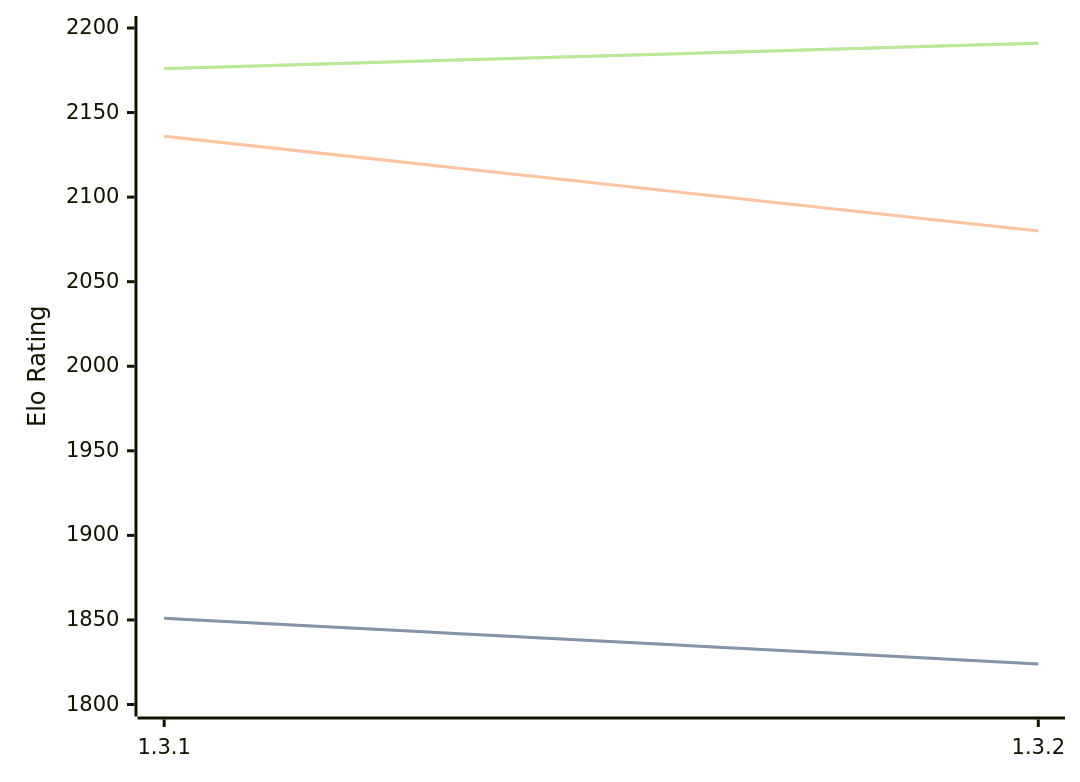
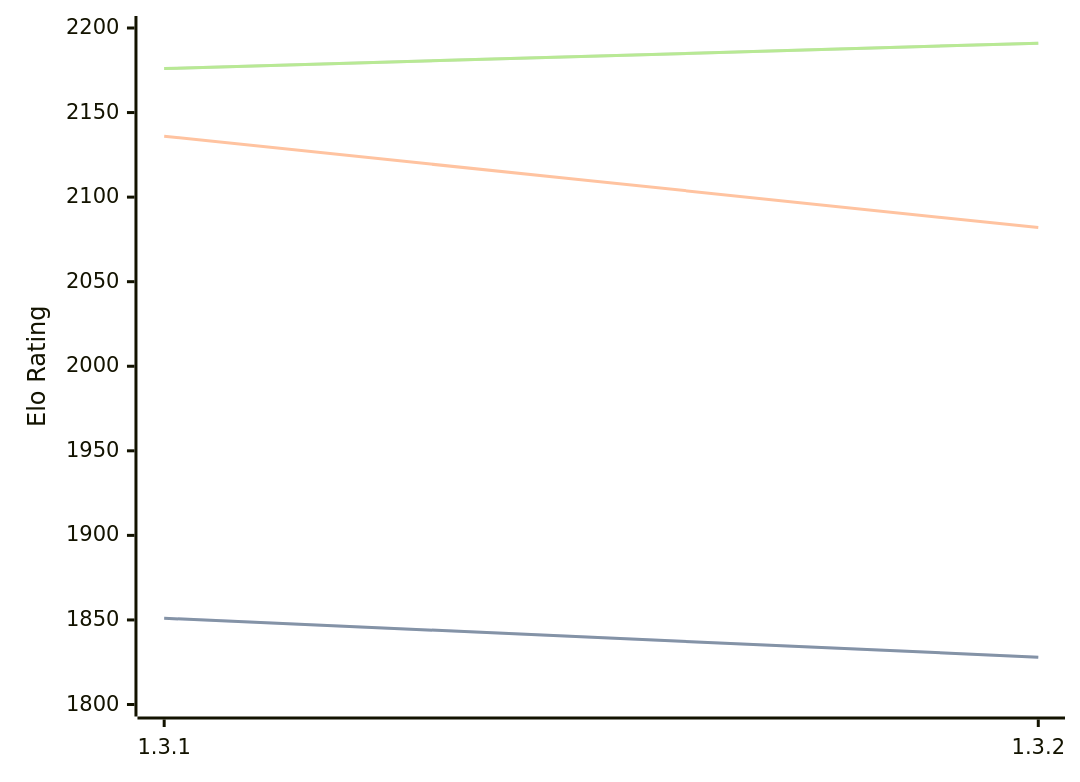
The first of 3 diagrams in engines/Zugblitz.md (computer-chess-index/cci), drawn with Mermaid before and after one commit. The commit also changed other lines of this file, not shown here.

````diff
--- a/engines/Zugblitz.md
+++ b/engines/Zugblitz.md
@@ -32,11 +32,11 @@
 ```mermaid
 %%{init: {"theme":"base","themeVariables":{"seriesColors:['#a3a3a3','#222221','#faa371']}}}%%
 xychart-beta
   x-axis ["1.3.1", "1.3.2"]
   y-axis "Elo Rating" 1800 --> 2200
-  line "STC (8.0+0.08s)" [1851, 1824]
-  line "STC (8.0+0.08s)" [1851, 1824]
-  line "LTC (60.0+0.60s)" [2136, 2080]
+  line "STC (8.0+0.08s)" [1851, 1828]
+  line "STC (8.0+0.08s)" [1851, 1828]
+  line "LTC (60.0+0.60s)" [2136, 2082]
   line "VLTC (2m24s+1.12s)" [2176, 2191]
   line "VLTC (2m24s+1.12s)" [2176, 2191]
 ```
````
